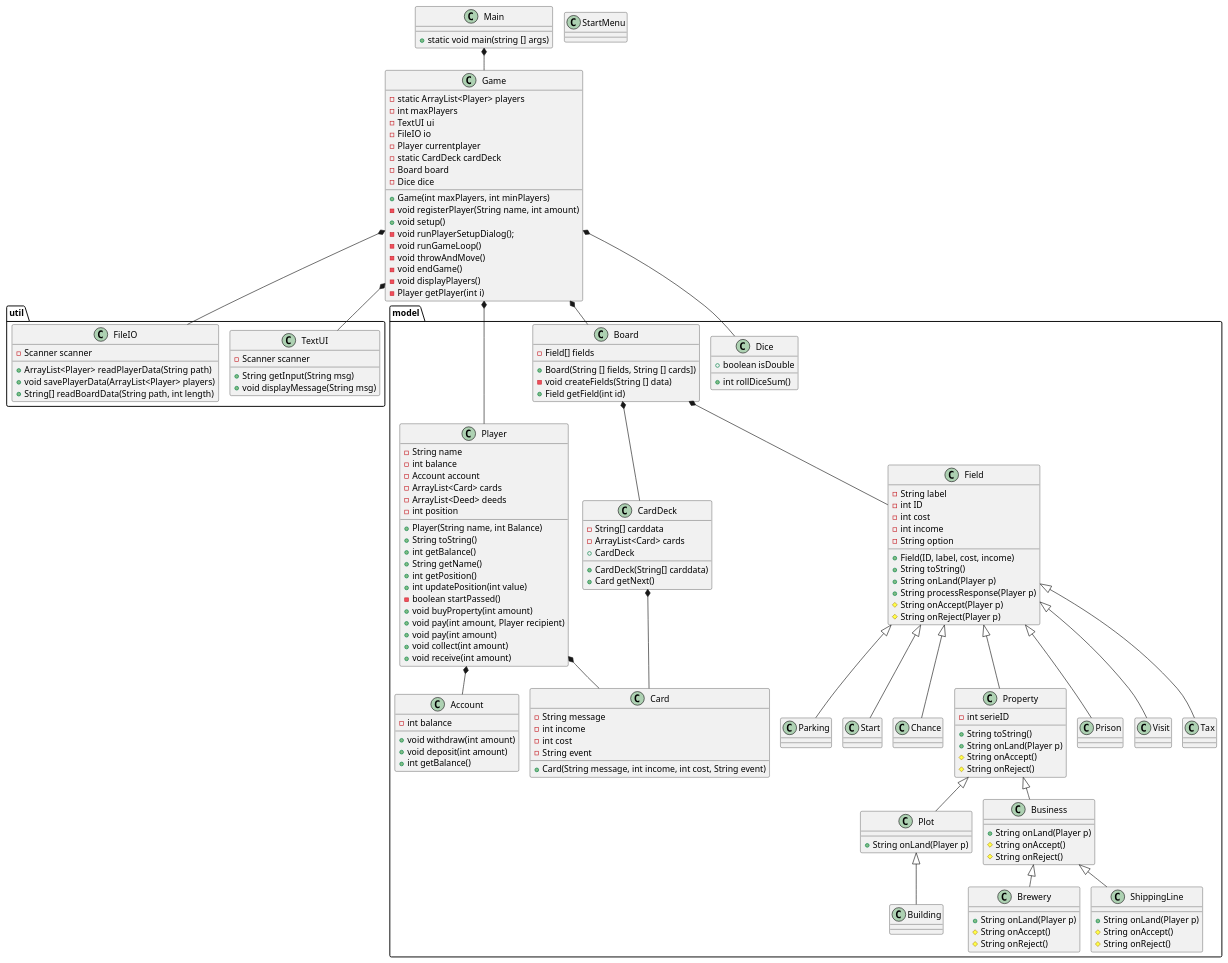
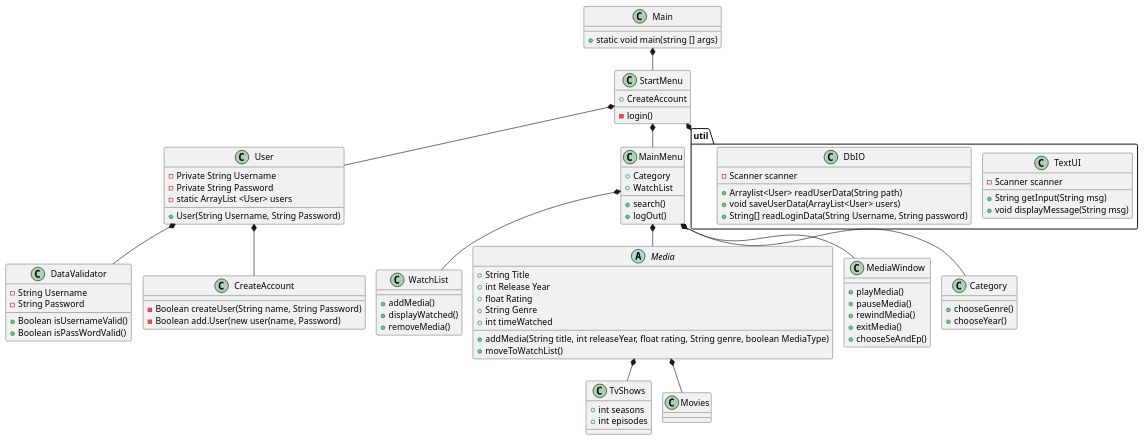
One commit to PatrickPlease/SP3-Chillplease changed the diagram in doc/static/classdiagram.puml. Above: the diagram before and after it, drawn with PlantUML. The commit also changed 1 other file, not shown here.

```diff
--- a/doc/static/classdiagram.puml
+++ b/doc/static/classdiagram.puml
@@ -1,169 +1,106 @@
 @startuml
 'Domænemodellen giver nye entity klasser
 'Pakker, model og util
 !pragma layout smetana
 
 class Main
 class StartMenu
+class User
+class DataValidator
+class CreateAccount
+class WatchList
+class MainMenu
+abstract Media
+class TvShows
+class Movies
+class MediaWindow
+class Category
+
+
 package "util"{
-    class TextUI
-    class FileIO
+       class TextUI
+       class DbIO
 }
 
-package "model"{
-    class Player
-    class Field
-      class Dice
-      class Account
-      class CardDeck
-       class Card
-      class Board
-          class Visit
-            class Tax
-            class Parking
-            class Start
-          class Chance
-          class Property
-          class Prison
-          class Plot
-          class Building
-          class Business
-          class ShippingLine
-          class Brewery
-}
-
-Main *-- Game
-Game *-- TextUI
-Game *-- FileIO
-Game *-- Player
-Player *-- Account
-Player *-- Card
-Game *--Board
-Game *-- Dice
-Board *-- Field
-Board *-- CardDeck
-CardDeck *-- Card
-Field <|-- Visit
-Field <|-- Tax
-Field <|-- Parking
-Field <|-- Start
-Field <|-- Chance
-Field <|-- Property
-Field <|-- Prison
-Property <|-- Plot
-Plot <|-- Building
-Property <|-- Business
-Business <|-- ShippingLine
-Business <|-- Brewery
-
+Main *-- StartMenu
+StartMenu *-- User
+User *-- DataValidator
+User *-- CreateAccount
+StartMenu *-- MainMenu
+MainMenu *-- WatchList
+MainMenu *-- Media
+Media *-- Movies
+Media *-- TvShows
+MainMenu *-- MediaWindow
+StartMenu *-- util
+MainMenu *-- Category
 
 Main : + static void main(string [] args)
 
-Player  : - String name
-Player  : - int balance
+StartMenu : + CreateAccount
 '---_new-----
-Player : - Account account
-Player : - ArrayList<Card> cards
-Player : - ArrayList<Deed> deeds
+StartMenu : - login()
 '-----------
-Player  : + Player(String name, int Balance)
-Player : - int position
-Player  : + String toString()
-Player  : + int getBalance()
-Player : + String getName()
-Player : + int getPosition()
-'----new-----
-Player  : +int updatePosition(int value)
-Player : -boolean startPassed()
-Player : + void buyProperty(int amount)
-Player : + void pay(int amount, Player recipient)
-Player : + void pay(int amount)
-Player : + void collect(int amount)
-Player : + void receive(int amount)
+
+User : - Private String Username
+User : - Private String Password
+User : - static ArrayList <User> users
+'---_new-----
+User : + User(String Username, String Password)
 
 '-----------
-Account :  - int balance
-Account  : + void withdraw(int amount)
-Account  : + void deposit(int amount)
-Account  : + int getBalance()
+DataValidator : - String Username
+DataValidator : - String Password
+'---_new-----
+DataValidator : + Boolean isUsernameValid()
+DataValidator : + Boolean isPassWordValid()
+'-----------
 
-Game : - static ArrayList<Player> players
-Game : - int maxPlayers
-Game : - TextUI ui
-Game : - FileIO io
-Game : - Player currentplayer
-Game : - static CardDeck cardDeck
-Game : - Board board
-Game : - Dice dice
-Game : + Game(int maxPlayers, int minPlayers)
-Game : - void registerPlayer(String name, int amount)
-Game : + void setup()
-Game : - void runPlayerSetupDialog();
-Game : - void runGameLoop()
-Game : - void throwAndMove()
-Game : - void endGame()
-Game : - void displayPlayers()
-Game : - Player getPlayer(int i)
+CreateAccount : - Boolean createUser(String name, String Password)
+CreateAccount : - Boolean add.User(new user(name, Password)
+
+WatchList : + addMedia()
+WatchList : + displayWatched()
+WatchList : + removeMedia()
+
+MainMenu : + Category
+MainMenu : + WatchList
+'---_new-----
+MainMenu : + search()
+MainMenu : + logOut()
+'-----------
+
+Media : + String Title
+Media : + int Release Year
+Media : + float Rating
+Media : + String Genre
+Media : + int timeWatched
+'---_new-----
+Media : + addMedia(String title, int releaseYear, float rating, String genre, boolean MediaType)
+Media : + moveToWatchList()
+'-----------
+
+TvShows : + int seasons
+TvShows : + int episodes
+
+MediaWindow : + playMedia()
+MediaWindow : + pauseMedia()
+MediaWindow : + rewindMedia()
+MediaWindow : + exitMedia()
+MediaWindow : + chooseSeAndEp()
+
+Category : + chooseGenre()
+Category : + chooseYear()
+
+DbIO : - Scanner scanner
+'---_new-----
+DbIO : + Arraylist<User> readUserData(String path)
+DbIO : + void saveUserData(ArrayList<User> users)
+DbIO : + String[] readLoginData(String Username, String password)
+'-----------
 
 TextUI : + String getInput(String msg)
 TextUI : - Scanner scanner
 TextUI : + void displayMessage(String msg)
 
-
-FileIO : - Scanner scanner
-FileIO : + ArrayList<Player> readPlayerData(String path)
-FileIO : + void savePlayerData(ArrayList<Player> players)
-FileIO : + String[] readBoardData(String path, int length)
-
-Field : - String label
-Field : - int ID
-Field : - int cost
-Field : - int income
-Field : - String option
-Field : + Field(ID, label, cost, income)
-Field : + String toString()
-Field : + String onLand(Player p)
-Field : + String processResponse(Player p)
-Field : # String onAccept(Player p)
-Field : # String onReject(Player p)
-
-
-Property : - int serieID
-Property : + String toString()
-Property : + String onLand(Player p)
-Property : # String onAccept()
-Property : # String onReject()
-
-Plot : + String onLand(Player p)
-Business : + String onLand(Player p)
-Business : # String onAccept()
-Business : # String onReject()
-
-ShippingLine : + String onLand(Player p)
-ShippingLine : # String onAccept()
-ShippingLine : # String onReject()
-
-Brewery : + String onLand(Player p)
-Brewery : # String onAccept()
-Brewery : # String onReject()
-
-Board : - Field[] fields
-Board : + Board(String [] fields, String [] cards])
-Board : - void createFields(String [] data)
-Board : + Field getField(int id)
-
-CardDeck : - String[] carddata
-CardDeck : - ArrayList<Card> cards
-CardDeck : + CardDeck
-CardDeck : + CardDeck(String[] carddata)
-CardDeck : + Card getNext()
-
-Card : -String message
-Card : -int income
-Card : -int cost
-Card : -String event
-Card : +Card(String message, int income, int cost, String event)
-
-Dice : +boolean isDouble
-Dice : +int rollDiceSum()
 @enduml
```
